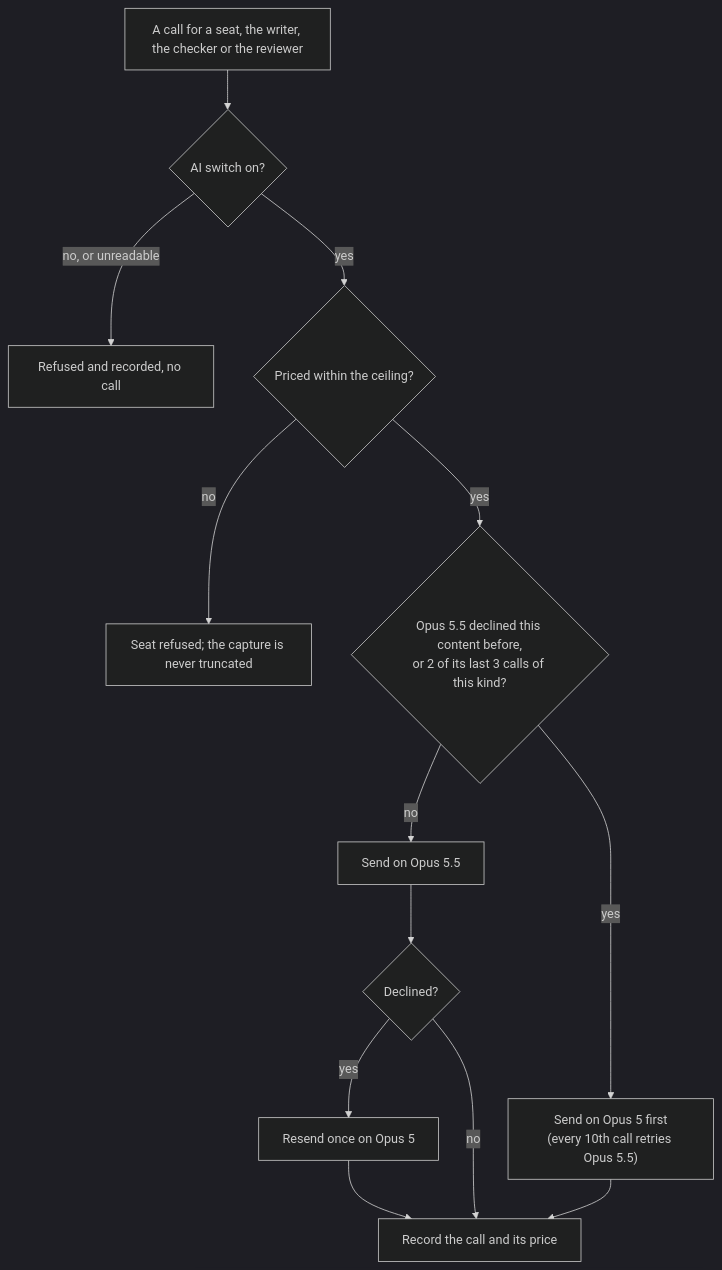
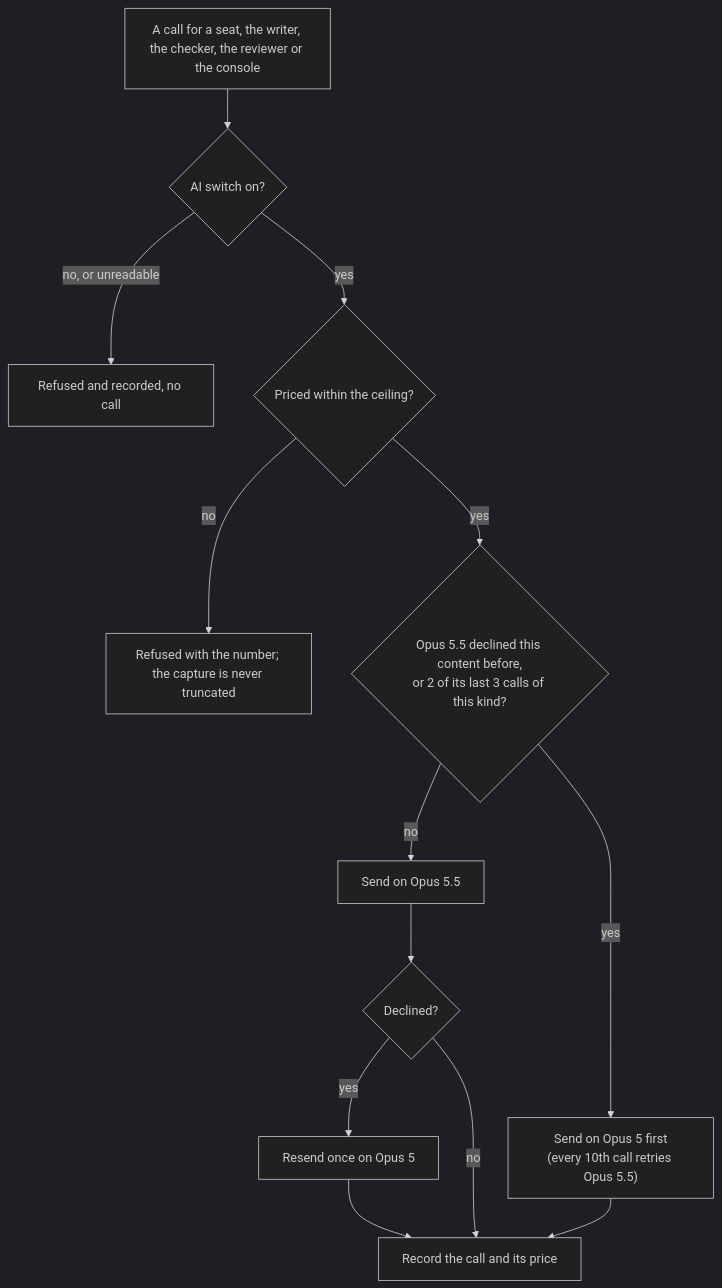
One commit to RyanH-sudo/ninjatoolkit-case-study changed the sixth of 7 diagrams in CASE_STUDY.md. Above: the diagram before and after it, drawn with Mermaid (dark theme). The commit also changed other lines of this file and 2 other files, not shown here.

Commit message:
Case study updated to v8.2.0: the Job as the thread, the console, device identity, judge precision on the estate, the fail-closed fix builder; every figure re-measured at the v8.2.0 tag

````diff
--- a/CASE_STUDY.md
+++ b/CASE_STUDY.md
@@ -635,15 +814,15 @@
 ```mermaid
 flowchart TD
-    Q["A call for a seat, the writer, the checker or the reviewer"] --> G{"AI switch on?"}
+    Q["A call for a seat, the writer, the checker, the reviewer or the console"] --> G{"AI switch on?"}
     G -- "no, or unreadable" --> X["Refused and recorded, no call"]
     G -- yes --> B{"Priced within the ceiling?"}
-    B -- no --> Y["Seat refused; the capture is never truncated"]
+    B -- no --> Y["Refused with the number; the capture is never truncated"]
     B -- yes --> H{"Opus 5.5 declined this content before,<br/>or 2 of its last 3 calls of this kind?"}
     H -- no --> O["Send on Opus 5.5"]
     H -- yes --> F["Send on Opus 5 first<br/>(every 10th call retries Opus 5.5)"]
     O --> R{"Declined?"}
     R -- yes --> F2["Resend once on Opus 5"]
     R -- no --> L["Record the call and its price"]
     F --> L
     F2 --> L
 ```
````
